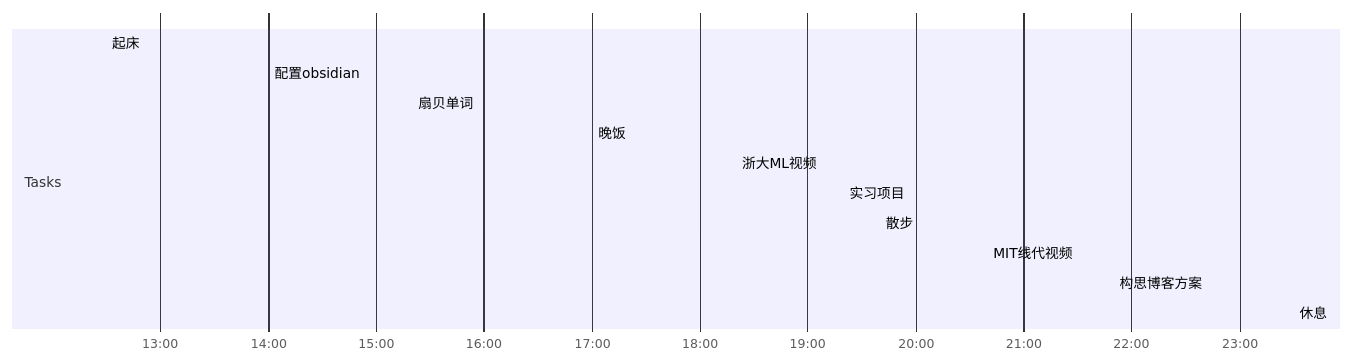
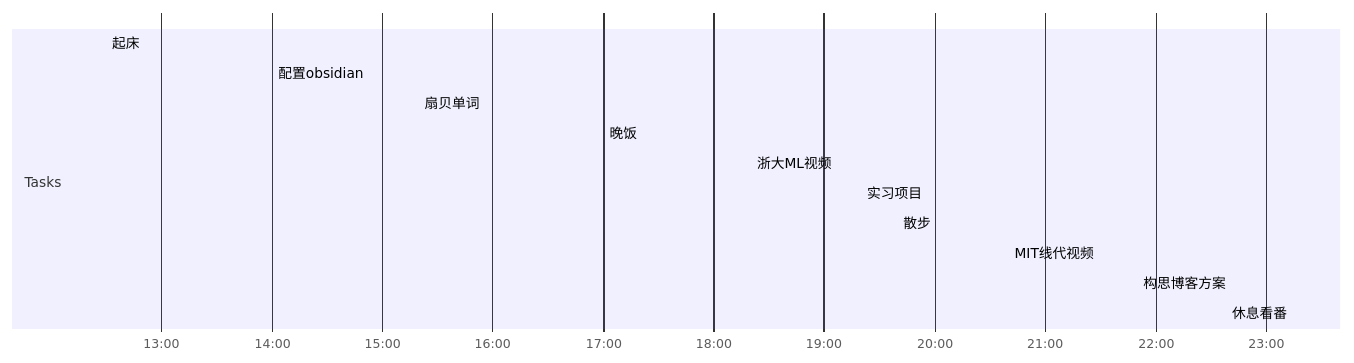
One commit to BabelTower/notes changed the first of 2 diagrams in docs/Day Planners/2021-12-02_星期四.md. Above: the diagram before and after it, drawn with Mermaid. The commit also changed other lines of this file and 4 other files, not shown here.

````diff
--- a/docs/Day Planners/2021-12-02_星期四.md
+++ b/docs/Day Planners/2021-12-02_星期四.md
@@ -2,19 +2,19 @@
 ```mermaid
 gantt
     dateFormat  HH-mm
     axisFormat %H:%M
-    %% Current Time: 下午11:10:21
+    %% Current Time: 下午11:59:59
     section Tasks
     起床     :12-30, 90mm
     配置obsidian     :14-00, 80mm
     扇贝单词     :15-20, 100mm
     晚饭     :17-00, 80mm
     浙大ML视频     :18-20, 60mm
     实习项目     :19-20, 20mm
     散步     :19-40, 60mm
     MIT线代视频     :20-40, 70mm
-    构思博客方案     :21-50, 100mm
-    休息     :23-30, 0mm
+    构思博客方案     :21-50, 85mm
+    休息看番     :23-15, 0mm
     section Breaks
 
 ```
````
